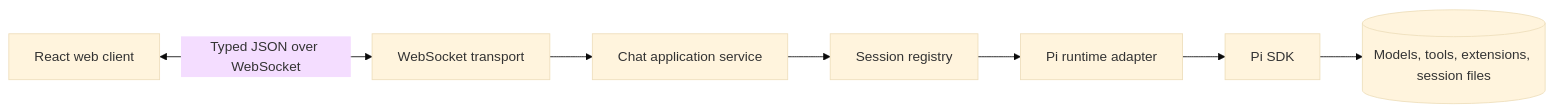
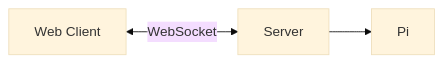
Before and after one commit to ManuelSelch/pi-chat: the first of 2 diagrams in docs/architecture.md, drawn with Mermaid (base theme). The commit also changed other lines of this file, not shown here.

Commit message:
docs: clarify web architecture chart

````diff
--- a/docs/architecture.md
+++ b/docs/architecture.md
@@ -6,9 +6,5 @@
 ```mermaid
 flowchart LR
-    Browser[React web client] <-->|Typed JSON over WebSocket| Transport[WebSocket transport]
-    Transport --> App[Chat application service]
-    App --> Registry[Session registry]
-    Registry --> Runtime[Pi runtime adapter]
-    Runtime --> SDK[Pi SDK]
-    SDK --> Resources[(Models, tools, extensions, session files)]
+    WebClient[Web Client] <-->|WebSocket| Server[Server]
+    Server --> Pi[Pi]
 ```
````
